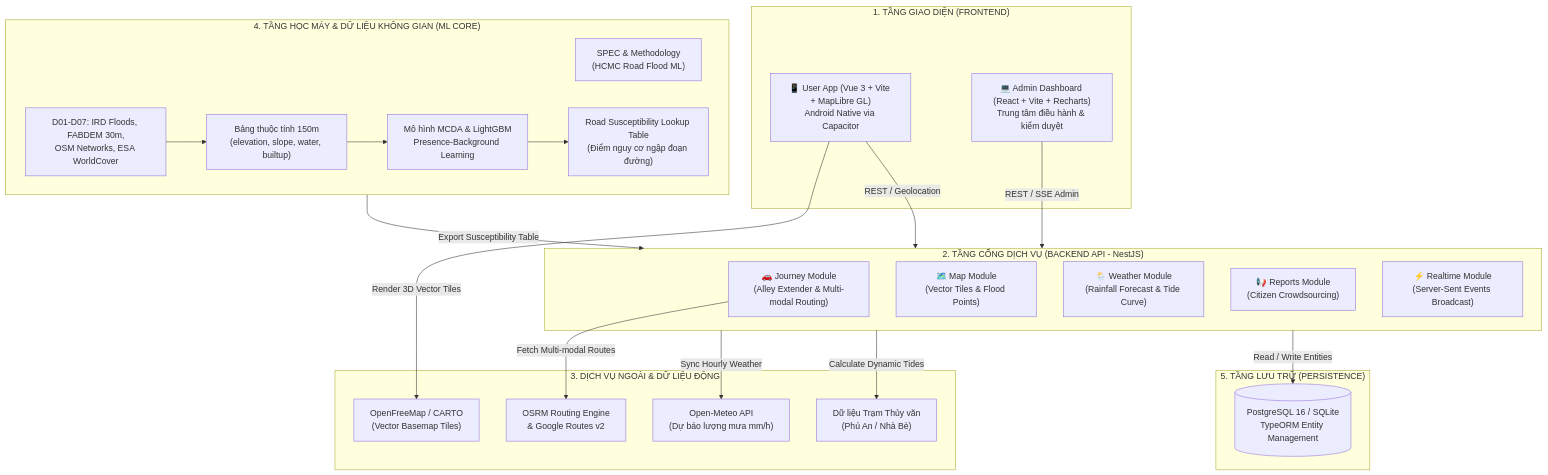
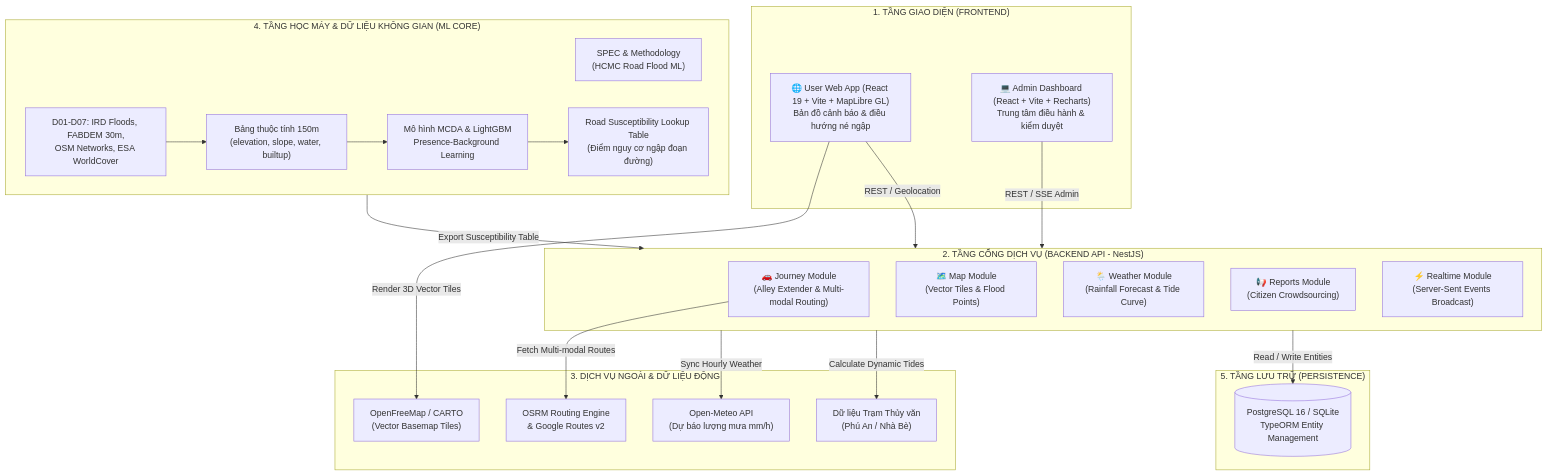
Before and after one commit to MAnhhaoo/TokenPlusHKT2026: the first of 3 diagrams in docs/SYSTEM_DESIGN.md, drawn with Mermaid. The commit also changed other lines of this file and 122 other files, not shown here.

````diff
--- a/docs/SYSTEM_DESIGN.md
+++ b/docs/SYSTEM_DESIGN.md
@@ -15,46 +15,46 @@
 ```mermaid
 graph TD
     subgraph ClientLayer ["1. TẦNG GIAO DIỆN (FRONTEND)"]
-        UserApp["📱 User App (Vue 3 + Vite + MapLibre GL)<br/>Android Native via Capacitor"]
+        UserApp["🌐 User Web App (React 19 + Vite + MapLibre GL)<br/>Bản đồ cảnh báo & điều hướng né ngập"]
         AdminApp["💻 Admin Dashboard (React + Vite + Recharts)<br/>Trung tâm điều hành & kiểm duyệt"]
     end
 
     subgraph GatewayLayer ["2. TẦNG CỔNG DỊCH VỤ (BACKEND API - NestJS)"]
         JourneyMod["🚗 Journey Module<br/>(Alley Extender & Multi-modal Routing)"]
         MapMod["🗺️ Map Module<br/>(Vector Tiles & Flood Points)"]
         WeatherMod["🌦️ Weather Module<br/>(Rainfall Forecast & Tide Curve)"]
         ReportsMod["📢 Reports Module<br/>(Citizen Crowdsourcing)"]
         RealtimeMod["⚡ Realtime Module<br/>(Server-Sent Events Broadcast)"]
     end
 
     subgraph ExternalServices ["3. DỊCH VỤ NGOÀI & DỮ LIỆU ĐỘNG"]
         OpenMeteo["Open-Meteo API<br/>(Dự báo lượng mưa mm/h)"]
         TidalData["Dữ liệu Trạm Thủy văn<br/>(Phú An / Nhà Bè)"]
         OSRM["OSRM Routing Engine<br/>& Google Routes v2"]
         VectorTiles["OpenFreeMap / CARTO<br/>(Vector Basemap Tiles)"]
     end
 
     subgraph MLLayer ["4. TẦNG HỌC MÁY & DỮ LIỆU KHÔNG GIAN (ML CORE)"]
         MLSpec["SPEC & Methodology<br/>(HCMC Road Flood ML)"]
         GISData["D01-D07: IRD Floods, FABDEM 30m,<br/>OSM Networks, ESA WorldCover"]
         FeatureStore["Bảng thuộc tính 150m<br/>(elevation, slope, water, builtup)"]
         MLModel["Mô hình MCDA & LightGBM<br/>Presence-Background Learning"]
         MLArtifacts["Road Susceptibility Lookup Table<br/>(Điểm nguy cơ ngập đoạn đường)"]
     end
 
     subgraph StorageLayer ["5. TẦNG LƯU TRỮ (PERSISTENCE)"]
         PostgresDB[(PostgreSQL 16 / SQLite<br/>TypeORM Entity Management)]
     end
 
     UserApp -->|REST / Geolocation| GatewayLayer
     AdminApp -->|REST / SSE Admin| GatewayLayer
     GatewayLayer -->|Sync Hourly Weather| OpenMeteo
     GatewayLayer -->|Calculate Dynamic Tides| TidalData
     JourneyMod -->|Fetch Multi-modal Routes| OSRM
     UserApp -->|Render 3D Vector Tiles| VectorTiles
     GatewayLayer -->|Read / Write Entities| PostgresDB
     MLLayer -->|Export Susceptibility Table| GatewayLayer
     FeatureStore --> MLModel
     GISData --> FeatureStore
     MLModel --> MLArtifacts
 ```
````
